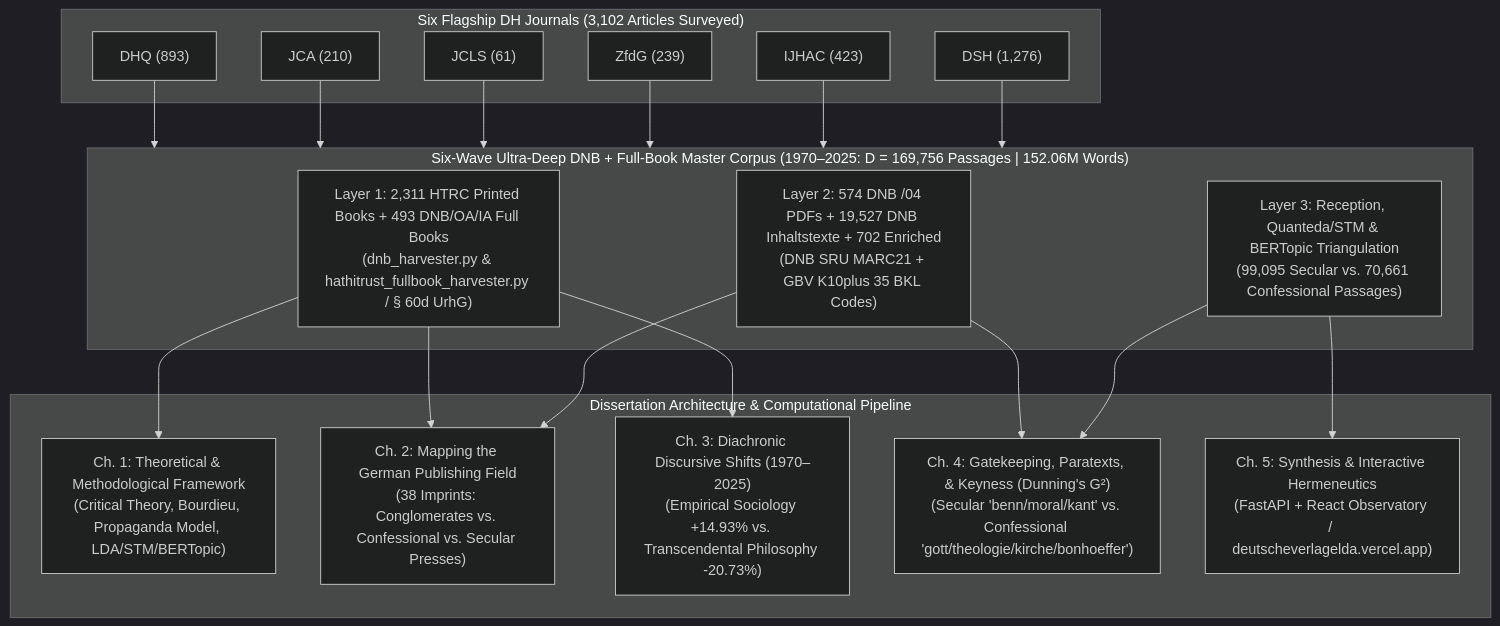
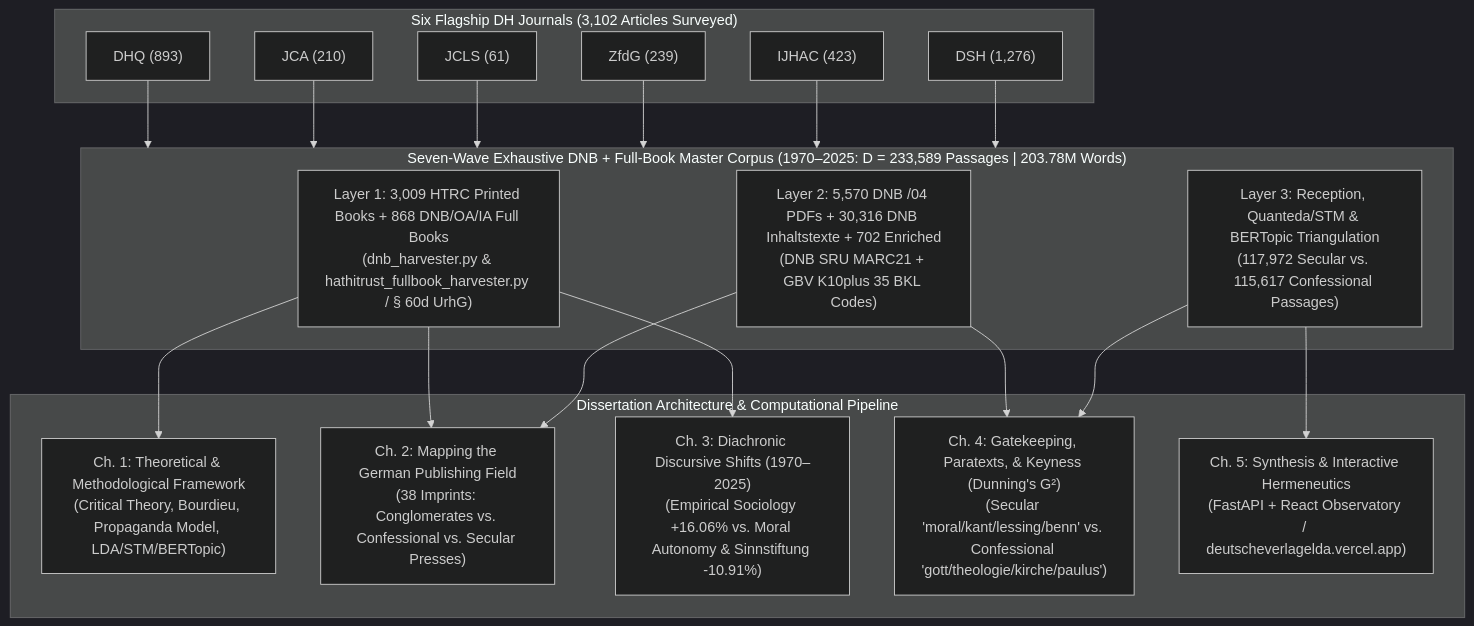
The diagram in MASTER_DH_LITERATURE_REVIEW.md (metachasm-beep/Deutsche-Verlage-LDA), drawn with Mermaid (dark theme) before and after one commit. The commit also changed other lines of this file and 22 other files, not shown here.

Commit message:
feat(corpus): scale Wave-7 exhaustive DNB + full-book corpus to 233,589 documents (203.78M German words across 10 shards) and update LDA/STM/BERTopic chapters

````diff
--- a/MASTER_DH_LITERATURE_REVIEW.md
+++ b/MASTER_DH_LITERATURE_REVIEW.md
@@ -23,30 +23,30 @@
 ```mermaid
 flowchart TD
     subgraph Journals["Six Flagship DH Journals (3,102 Articles Surveyed)"]
         DHQ["DHQ (893)"]
         JCA["JCA (210)"]
         JCLS["JCLS (61)"]
         ZFDG["ZfdG (239)"]
         IJHAC["IJHAC (423)"]
         DSH["DSH (1,276)"]
     end
 
-    subgraph Corpus["Six-Wave Ultra-Deep DNB + Full-Book Master Corpus (1970–2025: D = 169,756 Passages | 152.06M Words)"]
-        L1["Layer 1: 2,311 HTRC Printed Books + 493 DNB/OA/IA Full Books\n(dnb_harvester.py & hathitrust_fullbook_harvester.py / § 60d UrhG)"]
-        L2["Layer 2: 574 DNB /04 PDFs + 19,527 DNB Inhaltstexte + 702 Enriched\n(DNB SRU MARC21 + GBV K10plus 35 BKL Codes)"]
-        L3["Layer 3: Reception, Quanteda/STM & BERTopic Triangulation\n(99,095 Secular vs. 70,661 Confessional Passages)"]
+    subgraph Corpus["Seven-Wave Exhaustive DNB + Full-Book Master Corpus (1970–2025: D = 233,589 Passages | 203.78M Words)"]
+        L1["Layer 1: 3,009 HTRC Printed Books + 868 DNB/OA/IA Full Books\n(dnb_harvester.py & hathitrust_fullbook_harvester.py / § 60d UrhG)"]
+        L2["Layer 2: 5,570 DNB /04 PDFs + 30,316 DNB Inhaltstexte + 702 Enriched\n(DNB SRU MARC21 + GBV K10plus 35 BKL Codes)"]
+        L3["Layer 3: Reception, Quanteda/STM & BERTopic Triangulation\n(117,972 Secular vs. 115,617 Confessional Passages)"]
     end
 
     subgraph Chapters["Dissertation Architecture & Computational Pipeline"]
         C1["Ch. 1: Theoretical & Methodological Framework\n(Critical Theory, Bourdieu, Propaganda Model, LDA/STM/BERTopic)"]
         C2["Ch. 2: Mapping the German Publishing Field\n(38 Imprints: Conglomerates vs. Confessional vs. Secular Presses)"]
-        C3["Ch. 3: Diachronic Discursive Shifts (1970–2025)\n(Empirical Sociology +14.93% vs. Transcendental Philosophy -20.73%)"]
-        C4["Ch. 4: Gatekeeping, Paratexts, & Keyness (Dunning's G²)\n(Secular 'benn/moral/kant' vs. Confessional 'gott/theologie/kirche/bonhoeffer')"]
+        C3["Ch. 3: Diachronic Discursive Shifts (1970–2025)\n(Empirical Sociology +16.06% vs. Moral Autonomy & Sinnstiftung -10.91%)"]
+        C4["Ch. 4: Gatekeeping, Paratexts, & Keyness (Dunning's G²)\n(Secular 'moral/kant/lessing/benn' vs. Confessional 'gott/theologie/kirche/paulus')"]
         C5["Ch. 5: Synthesis & Interactive Hermeneutics\n(FastAPI + React Observatory / deutscheverlagelda.vercel.app)"]
     end
 
     DHQ & JCA & JCLS & ZFDG & IJHAC & DSH --> Corpus
     L1 --> C1 & C2 & C3
     L2 --> C2 & C4
     L3 --> C4 & C5
 ```
````
